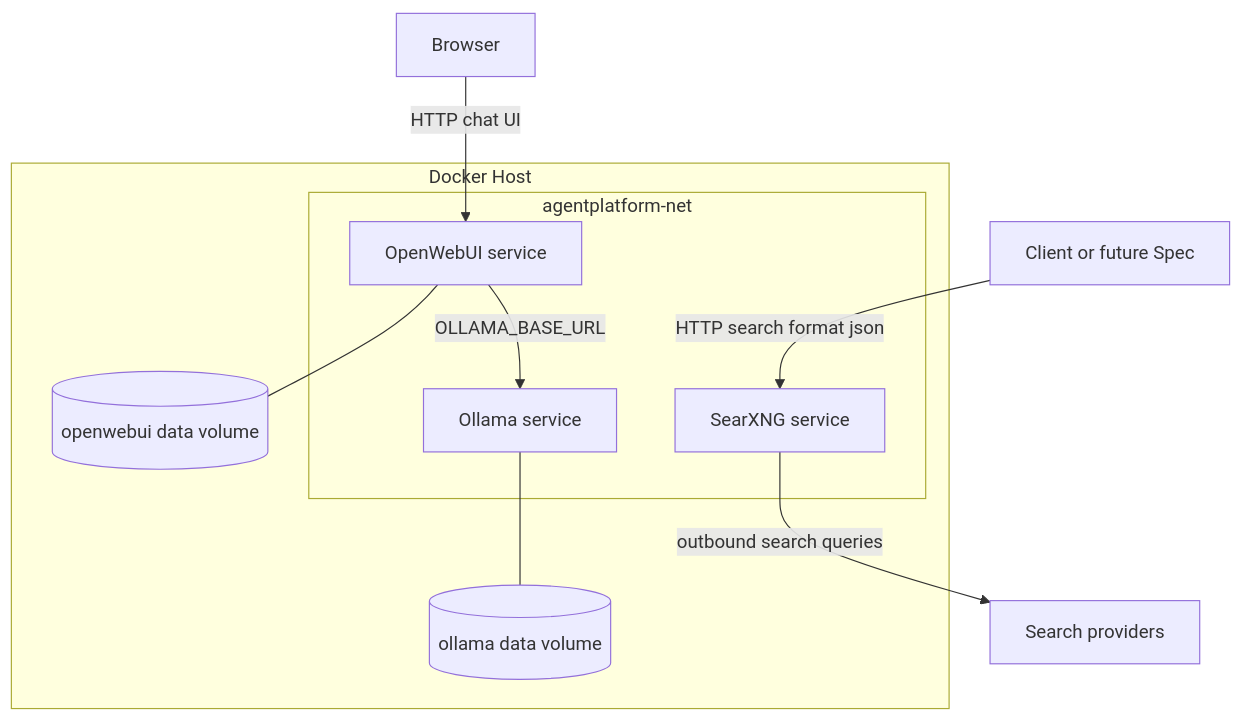
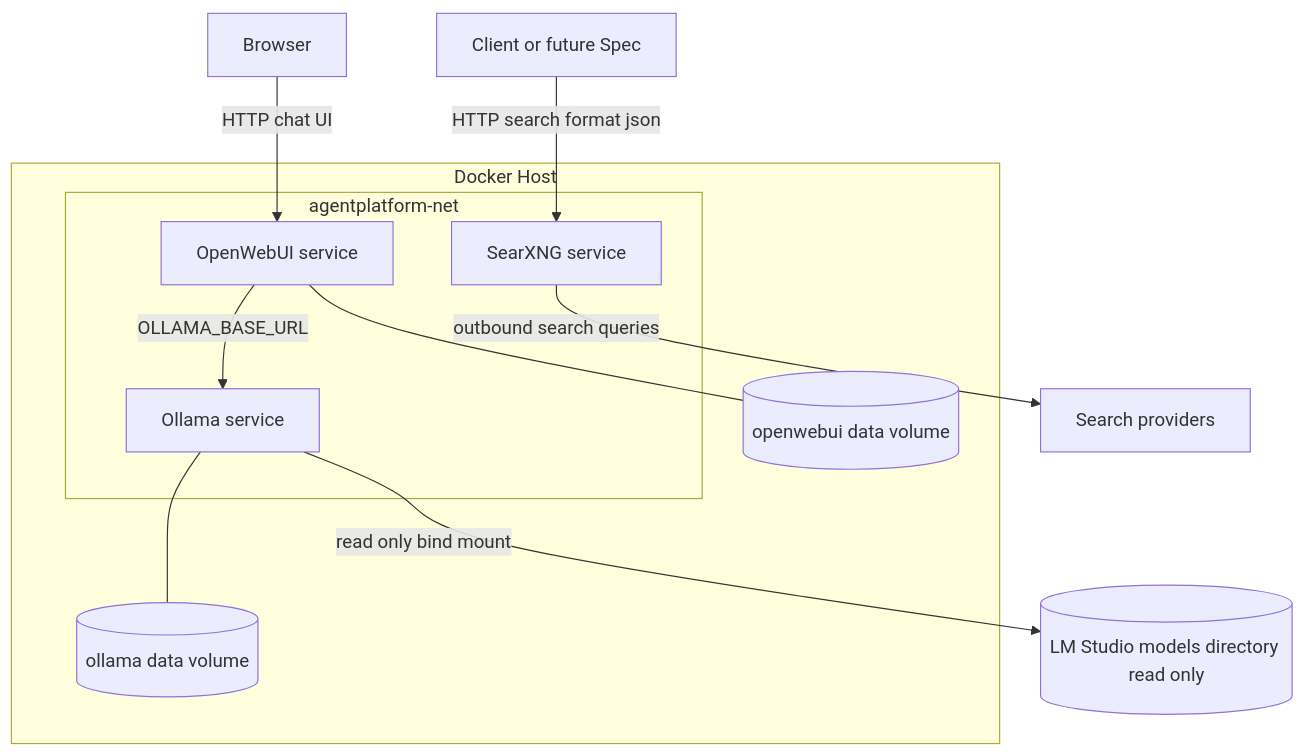
Before and after one commit to beastmaniaxxx/AgentPlatform: the first of 2 diagrams in .kiro/specs/infrastructure/design.md, drawn with Mermaid. The commit also changed other lines of this file and 5 other files, not shown here.

````diff
--- a/.kiro/specs/infrastructure/design.md
+++ b/.kiro/specs/infrastructure/design.md
@@ -56,24 +62,26 @@
 ```mermaid
 graph TB
     Browser[Browser]
     Client[Client or future Spec]
 
     subgraph DockerHost[Docker Host]
         subgraph AgentNet[agentplatform-net]
             OpenWebUI[OpenWebUI service]
             Ollama[Ollama service]
             SearXNG[SearXNG service]
         end
         OpenWebUIVolume[(openwebui data volume)]
         OllamaVolume[(ollama data volume)]
     end
 
+    LMStudioModels[(LM Studio models directory read only)]
     ExternalSearch[Search providers]
 
     Browser -->|HTTP chat UI| OpenWebUI
     Client -->|HTTP search format json| SearXNG
     OpenWebUI -->|OLLAMA_BASE_URL| Ollama
     OpenWebUI --- OpenWebUIVolume
     Ollama --- OllamaVolume
+    Ollama -->|read only bind mount| LMStudioModels
     SearXNG -->|outbound search queries| ExternalSearch
 ```
````
